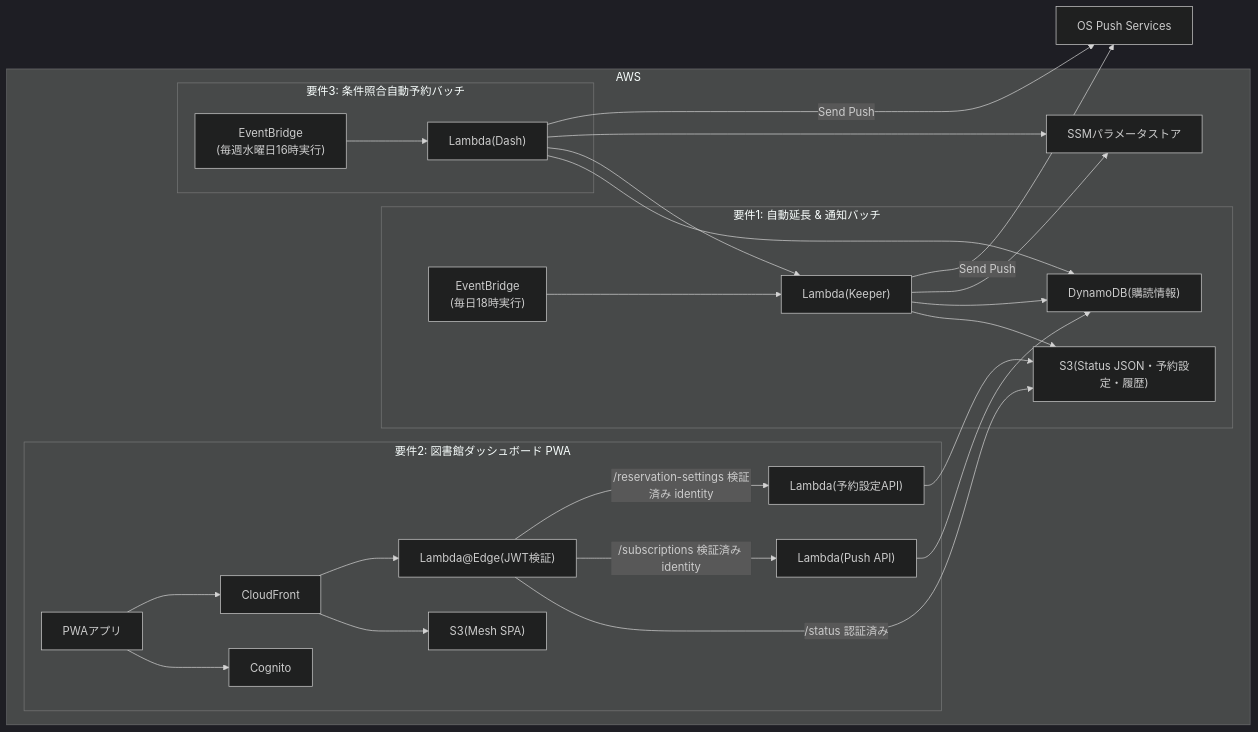
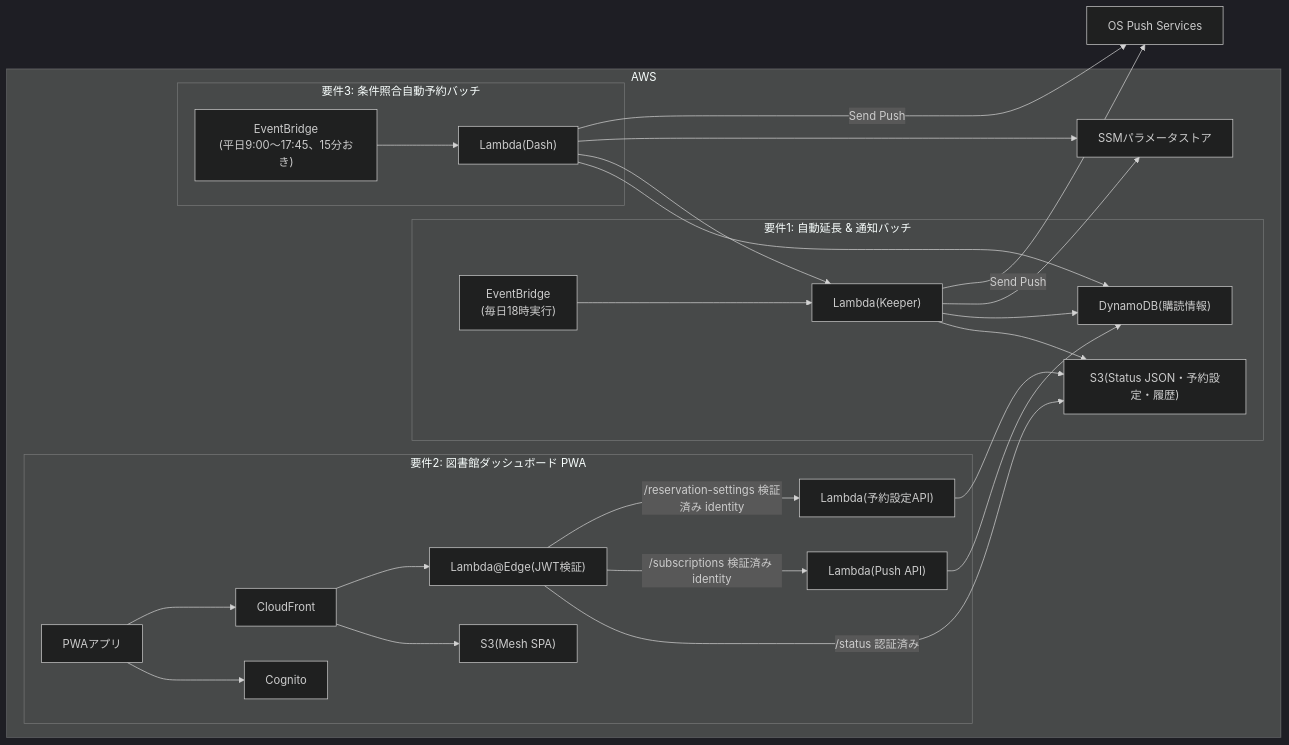
Before and after one commit to nimzo6689/higalibra: the diagram in AGENTS.md, drawn with Mermaid (dark theme). The commit also changed other lines of this file and 1 other file, not shown here.

Commit message:
ui: 予約設定のスケジュールを平日9:00〜17:45の15分おきに変更

````diff
--- a/AGENTS.md
+++ b/AGENTS.md
@@ -23,51 +23,51 @@
 ```mermaid
 graph LR
     OSPush["OS Push Services"]
 
     subgraph AWS ["AWS"]
         DynamoDB["DynamoDB(購読情報)"]
         StatusS3["S3(Status JSON・予約設定・履歴)"]
         MeshS3["S3(Mesh SPA)"]
         Cognito["Cognito"]
         CDN["CloudFront"]
         EDGE["Lambda@Edge(JWT検証)"]
         Push["Lambda(Push API)"]
         SettingsApi["Lambda(予約設定API)"]
 
         subgraph Req1 ["要件1: 自動延長 & 通知バッチ"]
             Scheduler1["EventBridge<br/>(毎日18時実行)"]
             Job1["Lambda(Keeper)"]
             Scheduler1 --> Job1
             Job1 --> StatusS3
             Job1 --> DynamoDB
         end
 
         subgraph Req2 ["要件2: 図書館ダッシュボード PWA"]
             Front["PWAアプリ"]
             Front --> Cognito
             Front --> CDN
             CDN --> MeshS3
             CDN --> EDGE
             EDGE -->|/status 認証済み| StatusS3
             EDGE -->|/subscriptions 検証済み identity| Push
             EDGE -->|/reservation-settings 検証済み identity| SettingsApi
             SettingsApi --> StatusS3
             Push --> DynamoDB
         end
 
         subgraph Req3 ["要件3: 条件照合自動予約バッチ"]
-            Scheduler2["EventBridge<br/>(毎週水曜日16時実行)"]
+            Scheduler2["EventBridge<br/>(平日9:00〜17:45、15分おき)"]
             Job2["Lambda(Dash)"]
             Scheduler2 --> Job2
             Job2 --> DynamoDB
             Job2 --> Job1
         end
 
         ParameterStore["SSMパラメータストア"]
         Job1 --> ParameterStore
         Job2 --> ParameterStore
     end
 
     Job1 -- "Send Push" --> OSPush
     Job2 -- "Send Push" --> OSPush
 ```
````
